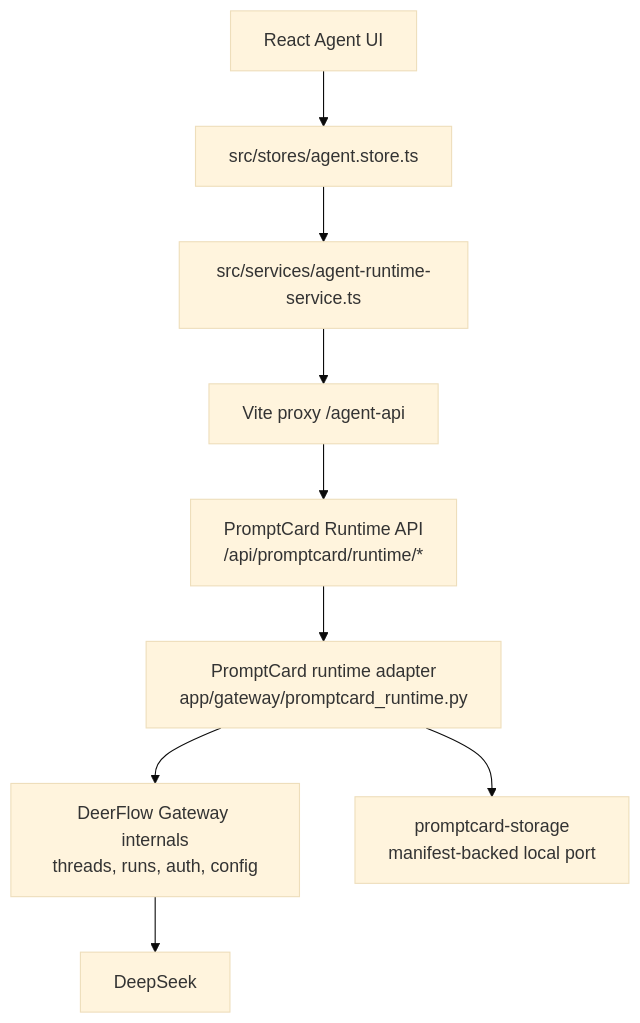
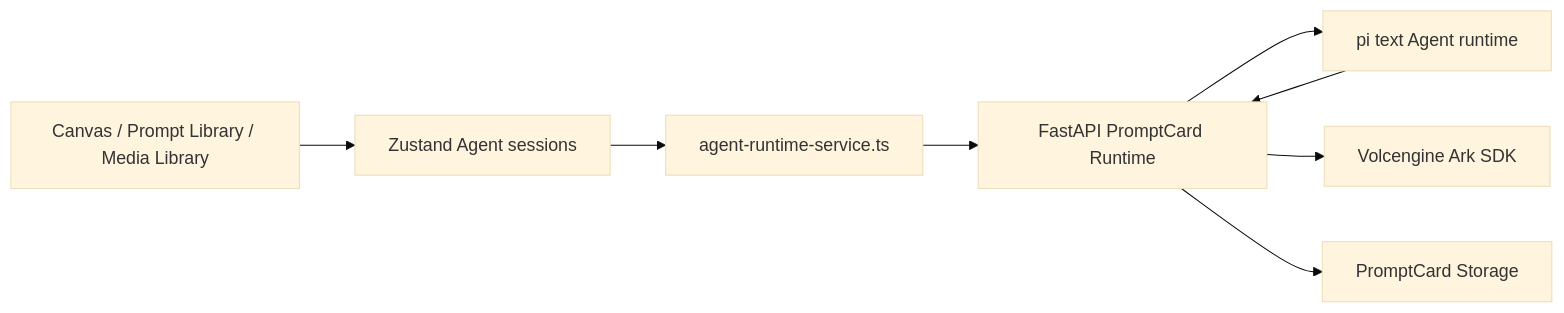
The diagram in docs/architecture/agent-runtime-boundary.md (Aoye-3/PromptCard-Agent), drawn with Mermaid (base theme) before and after one commit. The commit also changed other lines of this file and 717 other files, not shown here.

First line of the commit message:
feat: replace DeerFlow with modular pi text agent

````diff
--- a/docs/architecture/agent-runtime-boundary.md
+++ b/docs/architecture/agent-runtime-boundary.md
@@ -9,16 +7,16 @@
 ```mermaid
-flowchart TD
-  UI["React Agent UI"]
-  Store["src/stores/agent.store.ts"]
-  Client["src/services/agent-runtime-service.ts"]
-  Vite["Vite proxy /agent-api"]
-  Boundary["PromptCard Runtime API<br/>/api/promptcard/runtime/*"]
-  Adapter["PromptCard runtime adapter<br/>app/gateway/promptcard_runtime.py"]
-  DeerFlow["DeerFlow Gateway internals<br/>threads, runs, auth, config"]
-  Storage["promptcard-storage<br/>manifest-backed local port"]
-  Model["DeepSeek"]
+flowchart LR
+  UI["Canvas / Prompt Library / Media Library"]
+  Store["Zustand Agent sessions"]
+  Client["agent-runtime-service.ts"]
+  Gateway["FastAPI PromptCard Runtime"]
+  Pi["pi text Agent runtime"]
+  Ark["Volcengine Ark SDK"]
+  Storage["PromptCard Storage"]
 
-  UI --> Store --> Client --> Vite --> Boundary --> Adapter
-  Adapter --> DeerFlow --> Model
-  Adapter --> Storage
+  UI --> Store --> Client --> Gateway
+  Gateway --> Pi
+  Pi --> Gateway
+  Gateway --> Ark
+  Gateway --> Storage
 ```
````
